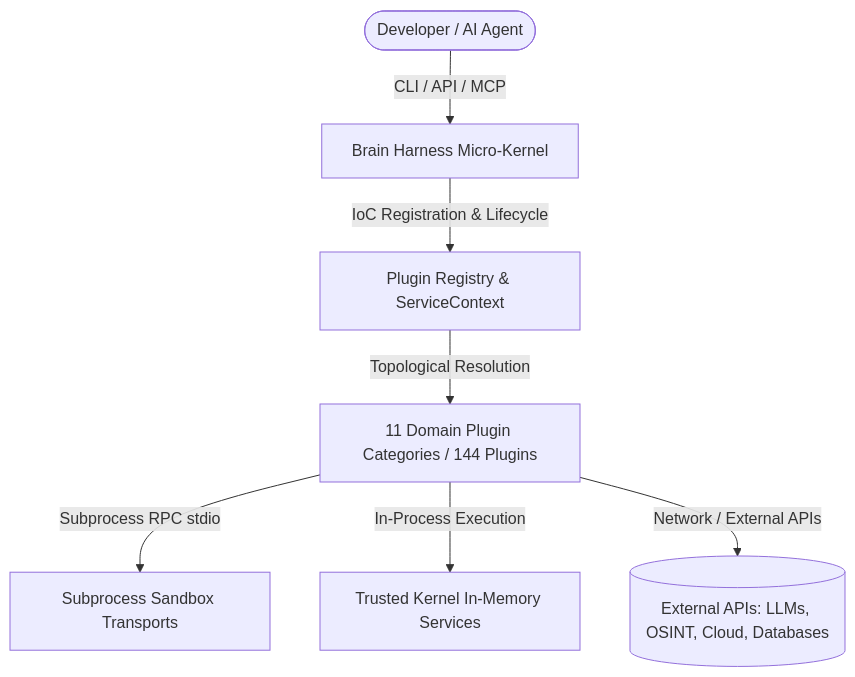
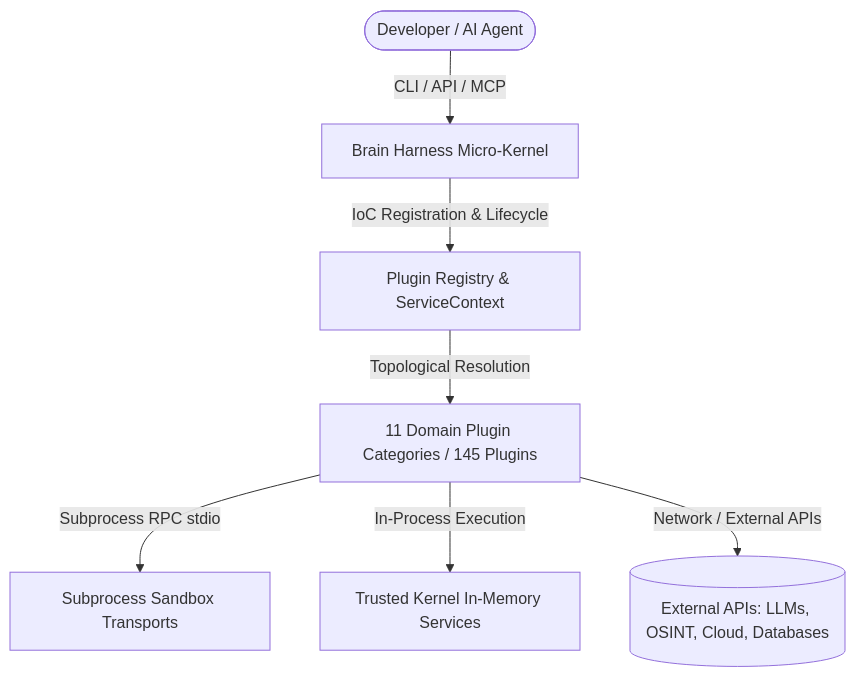
The first of 2 diagrams in plugins/README.md (SpectreDeath/Brain-Harness), drawn with Mermaid before and after one commit. The commit also changed 25 other files, not shown here.

````diff
--- a/plugins/README.md
+++ b/plugins/README.md
@@ -11,9 +11,9 @@
 ```mermaid
 flowchart TD
     User([Developer / AI Agent]) -->|CLI / API / MCP| Kernel[Brain Harness Micro-Kernel]
     Kernel -->|IoC Registration & Lifecycle| Registry[Plugin Registry & ServiceContext]
-    Registry -->|Topological Resolution| Plugins[11 Domain Plugin Categories / 144 Plugins]
+    Registry -->|Topological Resolution| Plugins[11 Domain Plugin Categories / 145 Plugins]
     Plugins -->|Subprocess RPC stdio| Sandbox[Subprocess Sandbox Transports]
     Plugins -->|In-Process Execution| CoreServices[Trusted Kernel In-Memory Services]
     Plugins -->|Network / External APIs| External[(External APIs: LLMs, OSINT, Cloud, Databases)]
 ```
````
